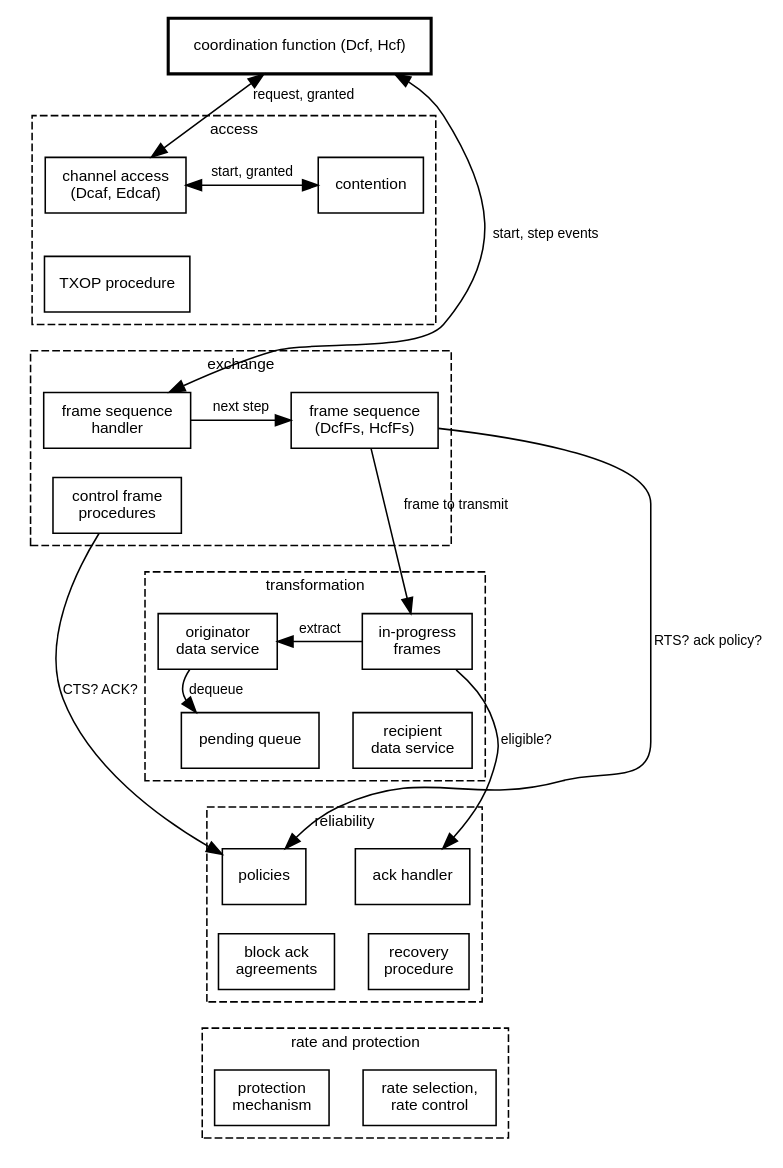
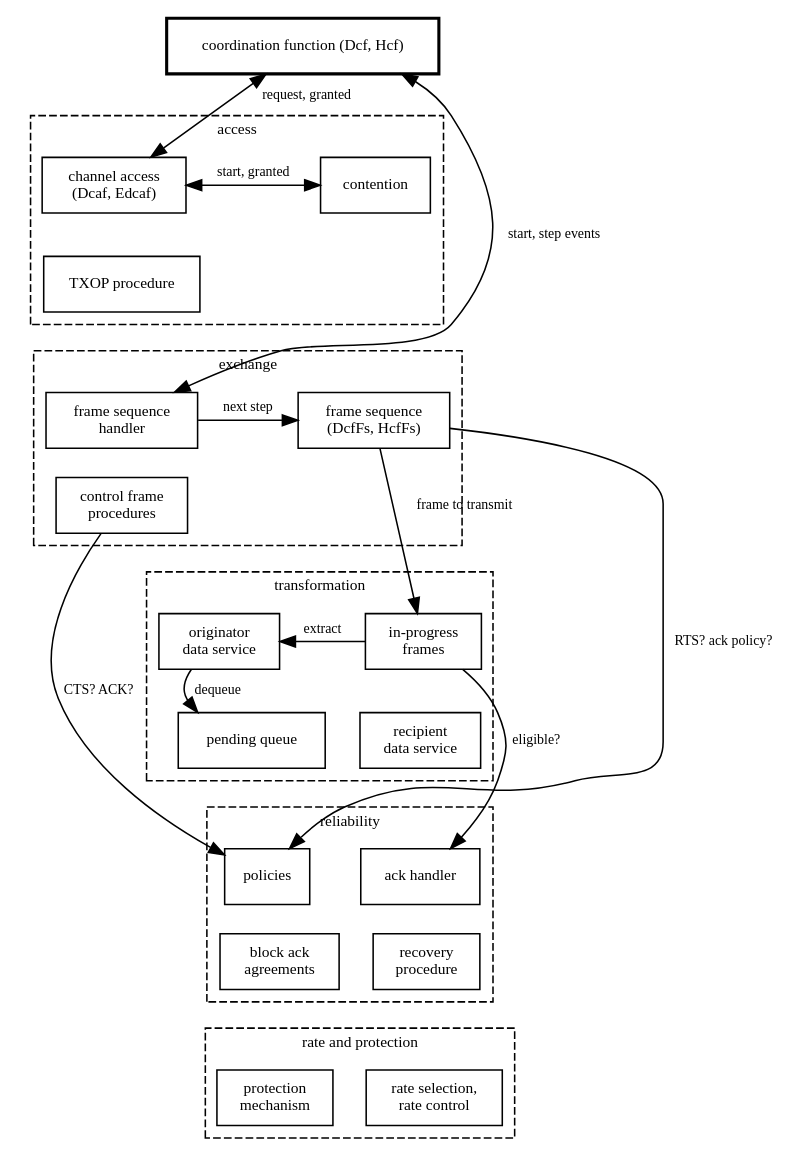
Before and after one commit to inet-framework/inet: the diagram in doc/src/developers-guide/figures/ieee80211_coordination_function.dot, drawn with Graphviz. The commit also changed 7 other files, not shown here.

```diff
--- a/doc/src/developers-guide/figures/ieee80211_coordination_function.dot
+++ b/doc/src/developers-guide/figures/ieee80211_coordination_function.dot
@@ -1,60 +1,60 @@
 digraph g {
   newrank=true; rankdir="TB"; nodesep=0.3; ranksep=0.25
-  node [shape=box, fontsize=10, fontname="Helvetica"]
-  edge [fontsize=9, fontname="Helvetica"]
+  node [shape=box, fontsize=10]
+  edge [fontsize=9]
 
   cf [label="coordination function (Dcf, Hcf)", style=bold]
 
   // every band is a 2 x 2 grid; p1..p4 are invisible placeholders that keep the grid regular
   node [style=invis, label="", width=1.2, height=0.5]
   p1; p2
   node [style=solid, label="\N", width=0.75, height=0.5]
 
   subgraph cluster_access {
-    label="access"; fontsize=10; fontname="Helvetica"; style=dashed
+    label="access"; fontsize=10; style=dashed
     ca [label="channel access\n(Dcaf, Edcaf)"]; contention [label="contention"]
     txop [label="TXOP procedure"]; p1
   }
   subgraph cluster_exchange {
-    label="exchange"; fontsize=10; fontname="Helvetica"; style=dashed
+    label="exchange"; fontsize=10; style=dashed
     handler [label="frame sequence\nhandler"]; sequence [label="frame sequence\n(DcfFs, HcfFs)"]
     procedures [label="control frame\nprocedures"]; p2
   }
   subgraph cluster_transform {
-    label="transformation"; fontsize=10; fontname="Helvetica"; style=dashed
+    label="transformation"; fontsize=10; style=dashed
     inprogress [label="in-progress\nframes"]; dataservice [label="originator\ndata service"]
     recipient [label="recipient\ndata service"]; queue [label="pending queue"]
   }
   subgraph cluster_reliability {
-    label="reliability"; fontsize=10; fontname="Helvetica"; style=dashed
+    label="reliability"; fontsize=10; style=dashed
     ackhandler [label="ack handler"]; policies [label="policies"]
     recovery [label="recovery\nprocedure"]; agreements [label="block ack\nagreements"]
   }
   subgraph cluster_rate {
-    label="rate and protection"; fontsize=10; fontname="Helvetica"; style=dashed
+    label="rate and protection"; fontsize=10; style=dashed
     rate [label="rate selection,\nrate control"]; protection [label="protection\nmechanism"]
   }
 
   { rank=same; ca; contention }        { rank=same; txop; p1 }
   { rank=same; handler; sequence }     { rank=same; procedures; p2 }
   { rank=same; inprogress; dataservice } { rank=same; recipient; queue }
   { rank=same; ackhandler; policies }  { rank=same; recovery; agreements }
   { rank=same; rate; protection }
 
   // column chains (invisible) keep the bands aligned
   edge [style=invis, weight=50]
   ca -> txop -> handler -> procedures -> inprogress -> recipient -> ackhandler -> recovery -> rate
   contention -> p1 -> sequence -> p2 -> dataservice -> queue -> policies -> agreements -> protection
   edge [style=solid, weight=1]
 
   cf -> ca [label="request, granted", dir=both]
   cf -> handler [label="start, step events", dir=both]
   ca -> contention [label="start, granted", dir=both, constraint=false]
   handler -> sequence [label="next step", constraint=false]
   sequence -> inprogress [label="frame to transmit"]
   inprogress -> dataservice [label="extract", constraint=false]
   dataservice -> queue [label="dequeue"]
   inprogress -> ackhandler [label="eligible?"]
   sequence -> policies [label="RTS? ack policy?"]
   procedures -> policies [label="CTS? ACK?"]
 }
```
